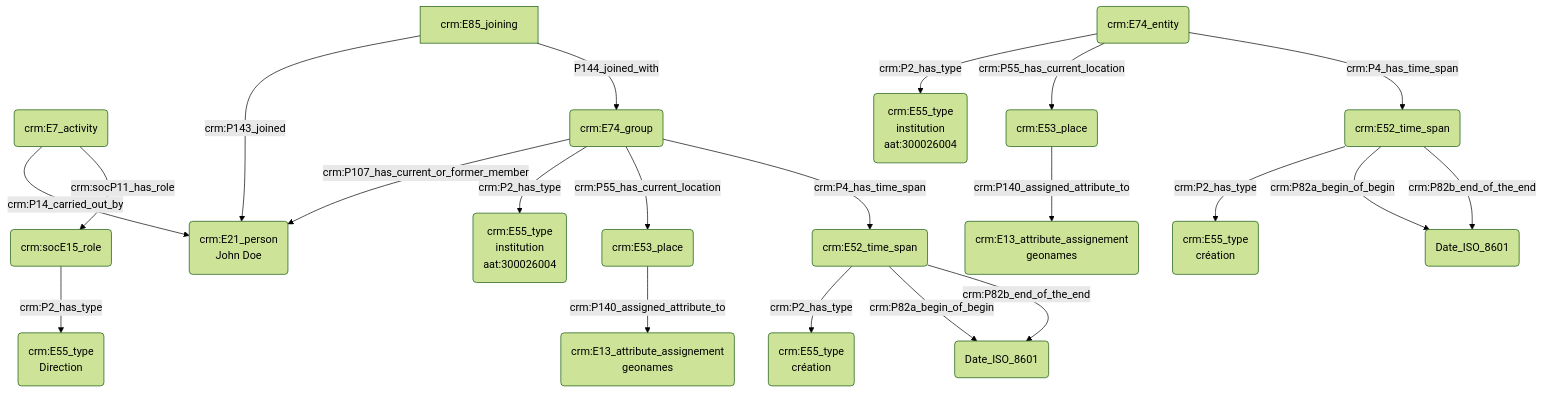
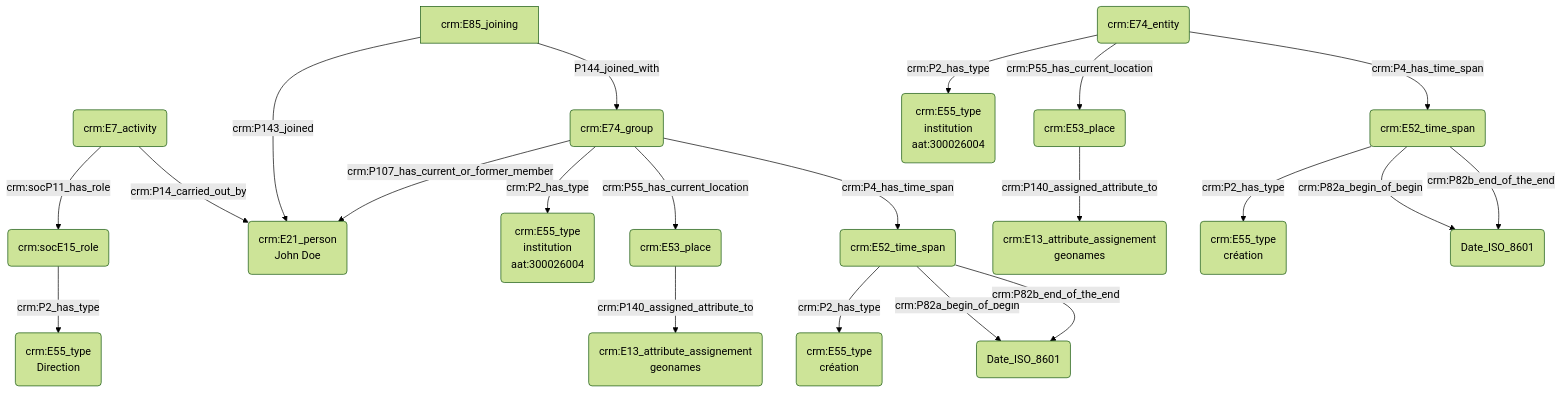
The diagram in modules/livrables/Dossier 2/Prosopographie/statut ou rôle au sein d'une institution.md (Amleth/consortium-musica2-gt2-ontologies), drawn with Mermaid (forest theme) before and after one commit. The commit also changed other lines of this file, not shown here.

````diff
--- a/modules/livrables/Dossier 2/Prosopographie/statut ou rôle au sein d'une institution.md
+++ b/modules/livrables/Dossier 2/Prosopographie/statut ou rôle au sein d'une institution.md
@@ -11,28 +11,28 @@
 ```mermaid
 graph TD;
 
-H(crm:E7_activity) --> |crm:P14_carried_out_by| K(crm:E21_person<br>John Doe)
 H(crm:E7_activity) --> |crm:socP11_has_role| J(crm:socE15_role)
 J(crm:socE15_role) -->|crm:P2_has_type| I(crm:E55_type<br>Direction)
+H(crm:E7_activity) --> |crm:P14_carried_out_by| K(crm:E21_person<br>John Doe)
 
 L[crm:E85_joining] -->|crm:P143_joined| K(crm:E21_person<br>John Doe)
 M(crm:E74_group) --> |crm:P107_has_current_or_former_member| K(crm:E21_person<br>John Doe)
 L[crm:E85_joining] --> |P144_joined_with| M(crm:E74_group)
 
 M(crm:E74_group) -->|crm:P2_has_type| N(crm:E55_type<br>institution<br>aat:300026004)
 M(crm:E74_group) -->|crm:P55_has_current_location| O(crm:E53_place)
 O(crm:E53_place) -->|crm:P140_assigned_attribute_to| P(crm:E13_attribute_assignement<br>geonames)
 M(crm:E74_group) -->|crm:P4_has_time_span| R(crm:E52_time_span)
 R(crm:E52_time_span) -->|crm:P2_has_type| T(crm:E55_type<br>création)
 R(crm:E52_time_span) -->|crm:P82a_begin_of_begin| S(Date_ISO_8601)
 R(crm:E52_time_span) -->|crm:P82b_end_of_the_end| S(Date_ISO_8601)
 
 A(crm:E74_entity) -->|crm:P2_has_type| B(crm:E55_type<br>institution<br>aat:300026004)
 A(crm:E1_entity) -->|crm:P55_has_current_location| C(crm:E53_place)
 C(crm:E53_place) -->|crm:P140_assigned_attribute_to| D(crm:E13_attribute_assignement<br>geonames)
 A(crm:E74_entity) -->|crm:P4_has_time_span| E(crm:E52_time_span)
 E(crm:E52_time_span) -->|crm:P2_has_type| G(crm:E55_type<br>création)
 E(crm:E52_time_span) -->|crm:P82a_begin_of_begin| F(Date_ISO_8601)
 E(crm:E52_time_span) -->|crm:P82b_end_of_the_end| F(Date_ISO_8601)
 
 ```
````
